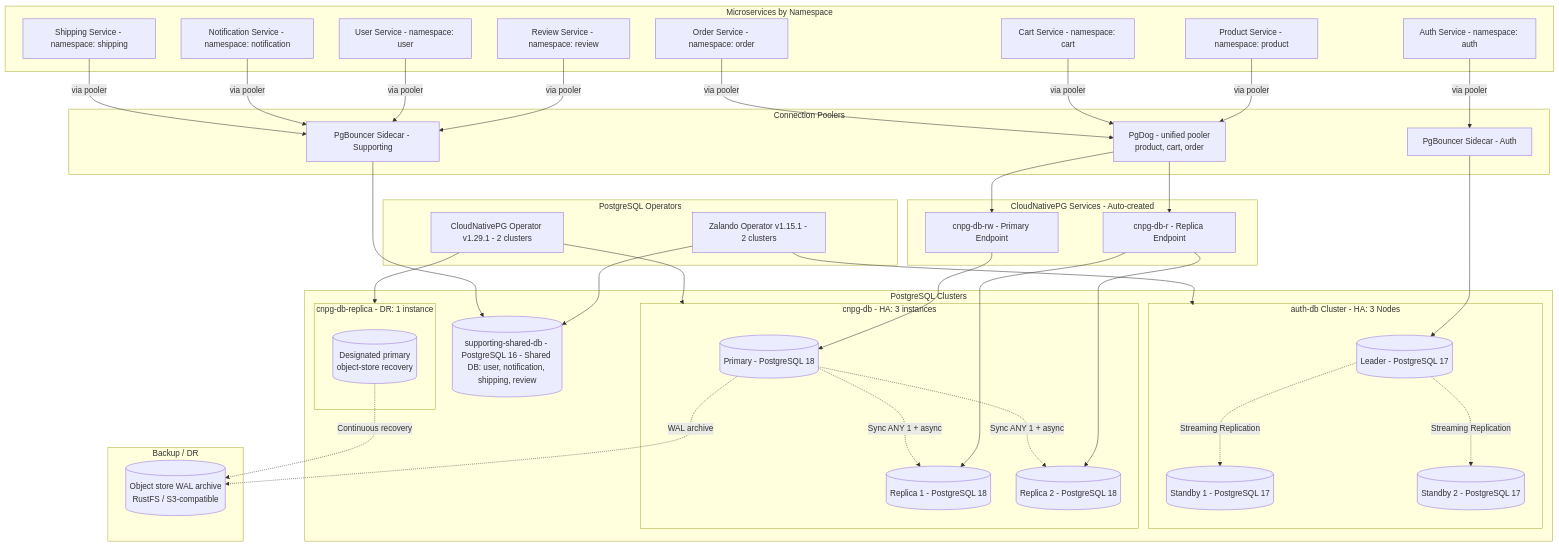
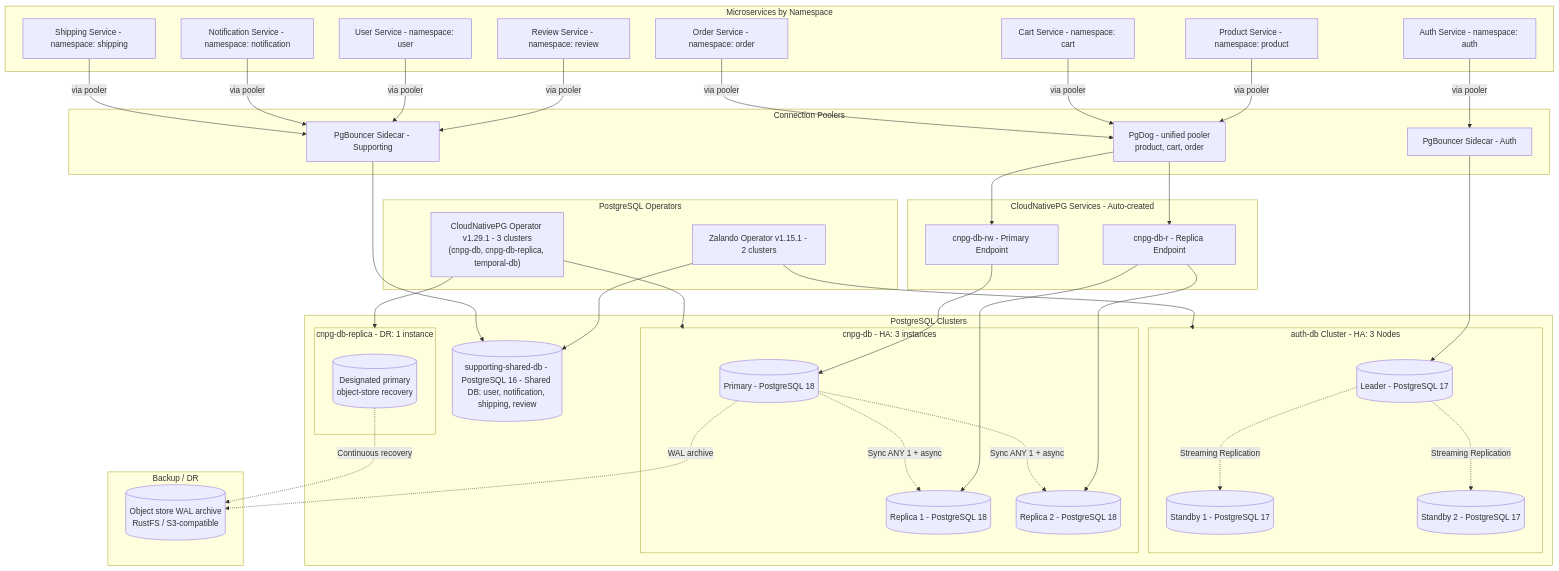
One commit to duynhlab/homelab changed the first of 3 diagrams in docs/databases/002-database-integration.md. Above: the diagram before and after it, drawn with Mermaid. The commit also changed other lines of this file and 43 other files, not shown here.

````diff
--- a/docs/databases/002-database-integration.md
+++ b/docs/databases/002-database-integration.md
@@ -31,82 +32,82 @@
 ```mermaid
 flowchart TB
     subgraph Operators["PostgreSQL Operators"]
         Zalando["Zalando Operator v1.15.1 - 2 clusters"]
-        CloudNativePG["CloudNativePG Operator v1.29.1 - 2 clusters"]
+        CloudNativePG["CloudNativePG Operator v1.29.1 - 3 clusters<br/>(cnpg-db, cnpg-db-replica, temporal-db)"]
     end
     
     subgraph Services["Microservices by Namespace"]
         AuthSvc["Auth Service - namespace: auth"]
         ProductSvc["Product Service - namespace: product"]
         CartSvc["Cart Service - namespace: cart"]
         OrderSvc["Order Service - namespace: order"]
         ReviewSvc["Review Service - namespace: review"]
         UserSvc["User Service - namespace: user"]
         NotificationSvc["Notification Service - namespace: notification"]
         ShippingSvc["Shipping Service - namespace: shipping"]
     end
     
     subgraph Poolers["Connection Poolers"]
         PgBouncerAuth["PgBouncer Sidecar - Auth"]
         PgBouncerSupporting["PgBouncer Sidecar - Supporting"]
         PgDogCNPG["PgDog - unified pooler<br/>product, cart, order"]
     end
     
     subgraph Clusters["PostgreSQL Clusters"]
         subgraph AuthDBCluster["auth-db Cluster - HA: 3 Nodes"]
             AuthLeader[("Leader - PostgreSQL 17")]
             AuthStandby1[("Standby 1 - PostgreSQL 17")]
             AuthStandby2[("Standby 2 - PostgreSQL 17")]
         end
         
         subgraph CnpgPrimary["cnpg-db - HA: 3 instances"]
             CnpgPrimaryNode[("Primary - PostgreSQL 18")]
             CnpgReplica1[("Replica 1 - PostgreSQL 18")]
             CnpgReplica2[("Replica 2 - PostgreSQL 18")]
         end
         
         subgraph CnpgDR["cnpg-db-replica - DR: 1 instance"]
             CnpgDRNode[("Designated primary<br/>object-store recovery")]
         end
         
         SupportingDB[("supporting-shared-db - PostgreSQL 16 - Shared DB: user, notification, shipping, review")]
     end
     
     subgraph ObjectStore["Backup / DR"]
         RustFS[("Object store WAL archive<br/>RustFS / S3-compatible")]
     end
     
     subgraph CloudNativePGSvc["CloudNativePG Services - Auto-created"]
         CnpgRW["cnpg-db-rw - Primary Endpoint"]
         CnpgR["cnpg-db-r - Replica Endpoint"]
     end
     
     Zalando --> AuthDBCluster
     Zalando --> SupportingDB
     CloudNativePG --> CnpgPrimary
     CloudNativePG --> CnpgDR
     
     CnpgRW --> CnpgPrimaryNode
     CnpgR --> CnpgReplica1
     CnpgR --> CnpgReplica2
     
     AuthSvc -->|via pooler| PgBouncerAuth
     PgBouncerAuth --> AuthLeader
     ProductSvc -->|via pooler| PgDogCNPG
     CartSvc -->|via pooler| PgDogCNPG
     OrderSvc -->|via pooler| PgDogCNPG
     PgDogCNPG --> CnpgRW
     PgDogCNPG --> CnpgR
     ReviewSvc -->|via pooler| PgBouncerSupporting
     UserSvc -->|via pooler| PgBouncerSupporting
     NotificationSvc -->|via pooler| PgBouncerSupporting
     ShippingSvc -->|via pooler| PgBouncerSupporting
     PgBouncerSupporting --> SupportingDB
     
     AuthLeader -.->|Streaming Replication| AuthStandby1
     AuthLeader -.->|Streaming Replication| AuthStandby2
     CnpgPrimaryNode -.->|Sync ANY 1 + async| CnpgReplica1
     CnpgPrimaryNode -.->|Sync ANY 1 + async| CnpgReplica2
     CnpgPrimaryNode -.->|WAL archive| RustFS
     CnpgDRNode -.->|Continuous recovery| RustFS
 ```
````
